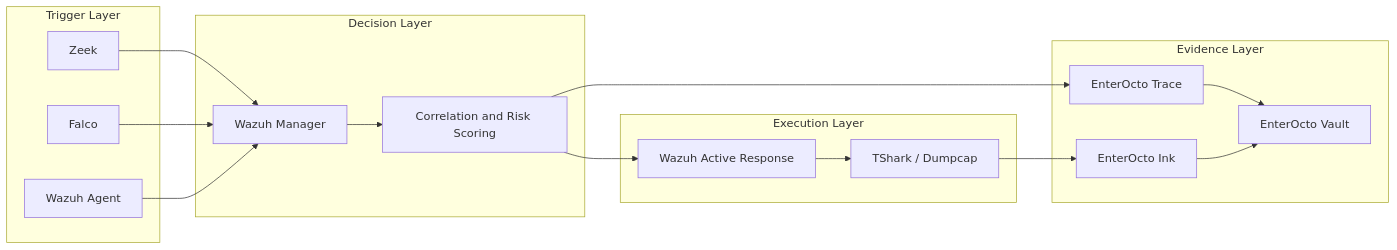
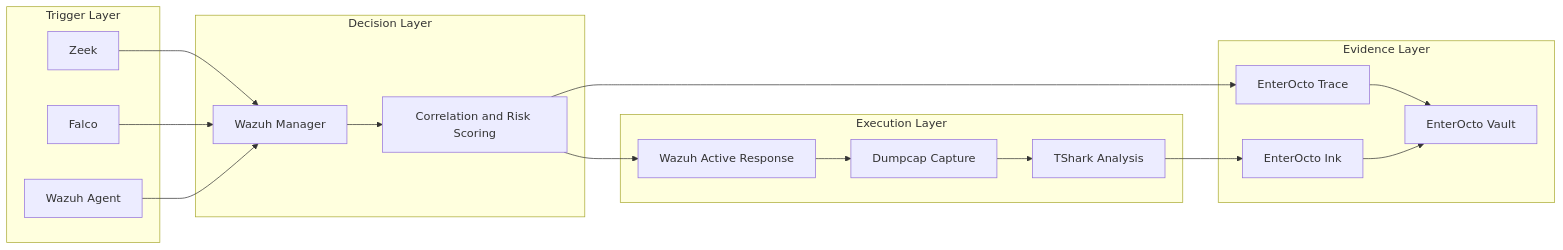
The diagram in README.md (JoyYoungAI/EnterOcto), drawn with Mermaid before and after one commit. The commit also changed other lines of this file and 11 other files, not shown here.

````diff
--- a/README.md
+++ b/README.md
@@ -143,35 +144,37 @@
 ```mermaid
 flowchart LR
     subgraph Trigger["Trigger Layer"]
         Z[Zeek]
         F[Falco]
         WA[Wazuh Agent]
     end
 
     subgraph Decision["Decision Layer"]
         WM[Wazuh Manager]
         C[Correlation and Risk Scoring]
     end
 
     subgraph Execution["Execution Layer"]
         AR[Wazuh Active Response]
-        TS[TShark / Dumpcap]
+        DC[Dumpcap Capture]
+        TS[TShark Analysis]
     end
 
     subgraph Evidence["Evidence Layer"]
         TR[EnterOcto Trace]
         INK[EnterOcto Ink]
         V[EnterOcto Vault]
     end
 
     Z --> WM
     F --> WM
     WA --> WM
     WM --> C
     C --> AR
-    AR --> TS
+    AR --> DC
+    DC --> TS
     C --> TR
     TS --> INK
     TR --> V
     INK --> V
 ```
````
